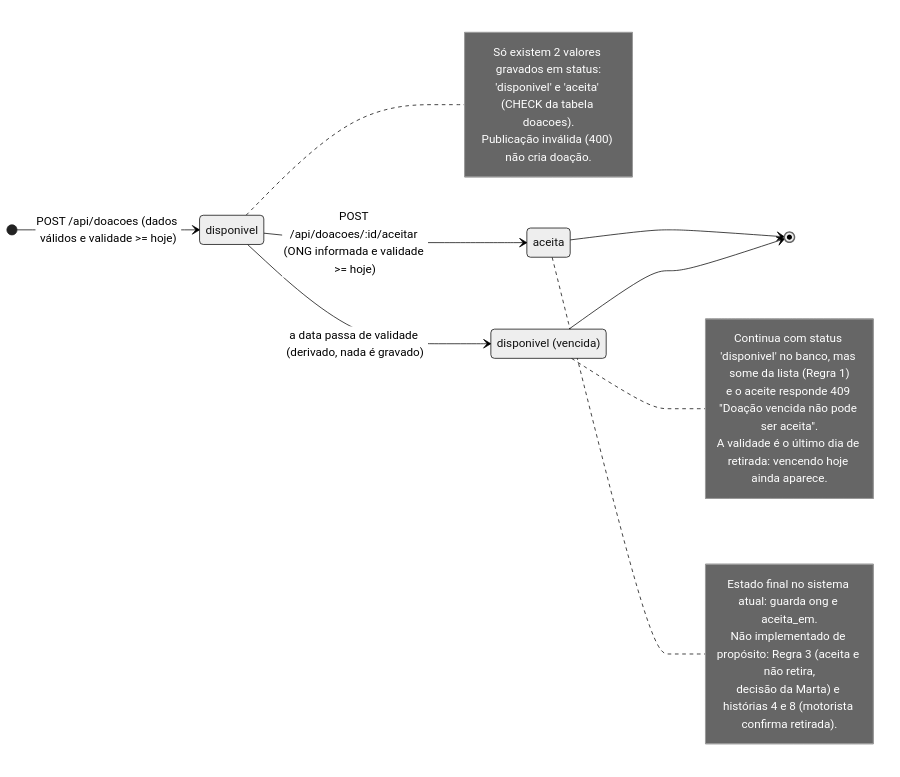
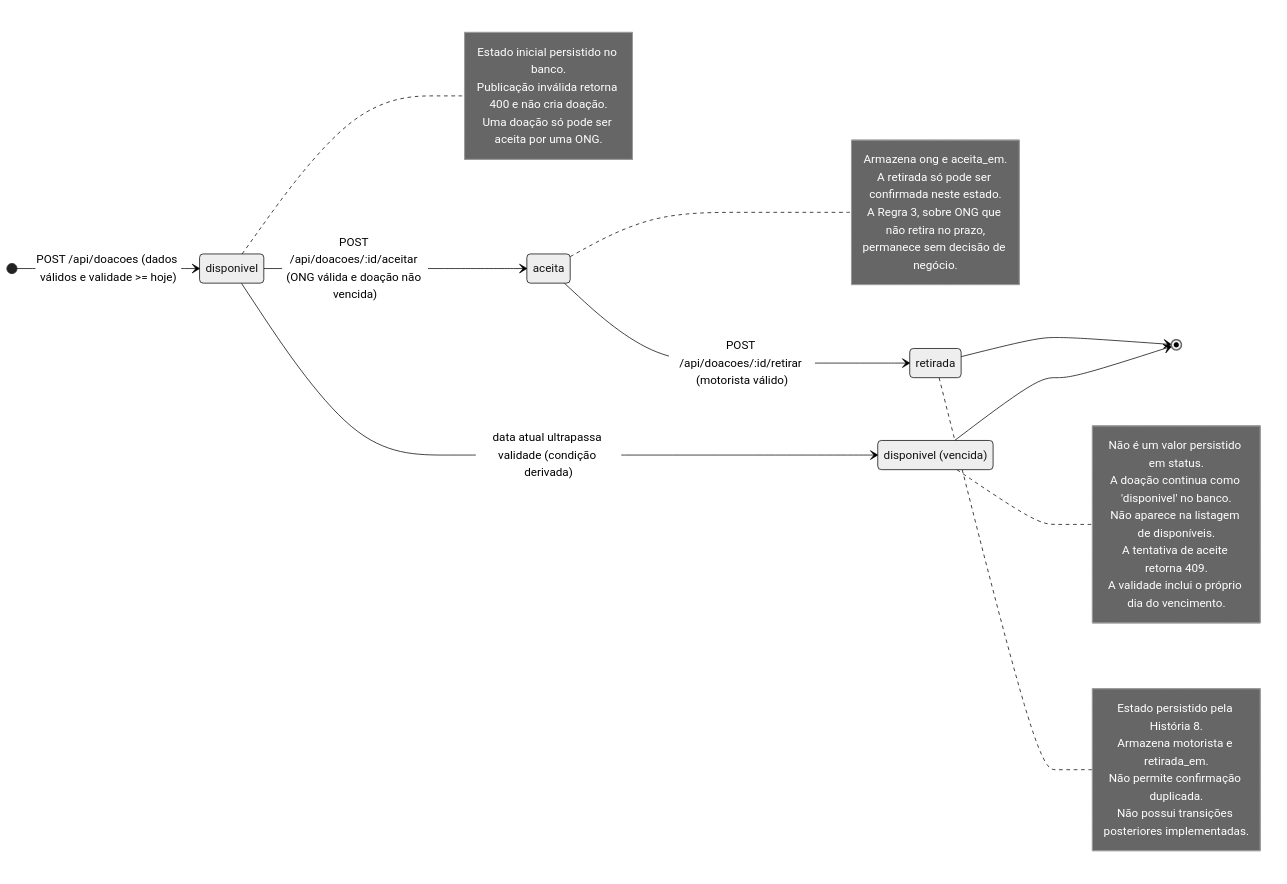
Before and after one commit to joaofsdev/g1126-prato-cheio: the diagram in docs/diagramas/final/estados.md, drawn with Mermaid (neutral theme). The commit also changed other lines of this file, not shown here.

Commit message:
docs: atualiza diagrama de estados com historia 8

````diff
--- a/docs/diagramas/final/estados.md
+++ b/docs/diagramas/final/estados.md
@@ -5,29 +8,43 @@
 ```mermaid
 stateDiagram-v2
   direction LR
+
   [*] --> disponivel: POST /api/doacoes (dados válidos e validade >= hoje)
-  disponivel --> aceita: POST /api/doacoes/:id/aceitar (ONG informada e validade >= hoje)
-  aceita --> [*]
+
+  disponivel --> aceita: POST /api/doacoes/:id/aceitar (ONG válida e doação não vencida)
+
+  aceita --> retirada: POST /api/doacoes/:id/retirar (motorista válido)
+  retirada --> [*]
 
   state "disponivel (vencida)" as vencida
-  disponivel --> vencida: a data passa de validade (derivado, nada é gravado)
+  disponivel --> vencida: data atual ultrapassa validade (condição derivada)
   vencida --> [*]
 
   note right of disponivel
-    Só existem 2 valores gravados em status:
-    'disponivel' e 'aceita' (CHECK da tabela doacoes).
-    Publicação inválida (400) não cria doação.
+    Estado inicial persistido no banco.
+    Publicação inválida retorna 400 e não cria doação.
+    Uma doação só pode ser aceita por uma ONG.
   end note
 
   note right of vencida
-    Continua com status 'disponivel' no banco, mas some da lista (Regra 1)
-    e o aceite responde 409 "Doação vencida não pode ser aceita".
-    A validade é o último dia de retirada: vencendo hoje ainda aparece.
+    Não é um valor persistido em status.
+    A doação continua como 'disponivel' no banco.
+    Não aparece na listagem de disponíveis.
+    A tentativa de aceite retorna 409.
+    A validade inclui o próprio dia do vencimento.
   end note
 
   note right of aceita
-    Estado final no sistema atual: guarda ong e aceita_em.
-    Não implementado de propósito: Regra 3 (aceita e não retira,
-    decisão da Marta) e histórias 4 e 8 (motorista confirma retirada).
+    Armazena ong e aceita_em.
+    A retirada só pode ser confirmada neste estado.
+    A Regra 3, sobre ONG que não retira no prazo,
+    permanece sem decisão de negócio.
+  end note
+
+  note right of retirada
+    Estado persistido pela História 8.
+    Armazena motorista e retirada_em.
+    Não permite confirmação duplicada.
+    Não possui transições posteriores implementadas.
   end note
 ```
````
